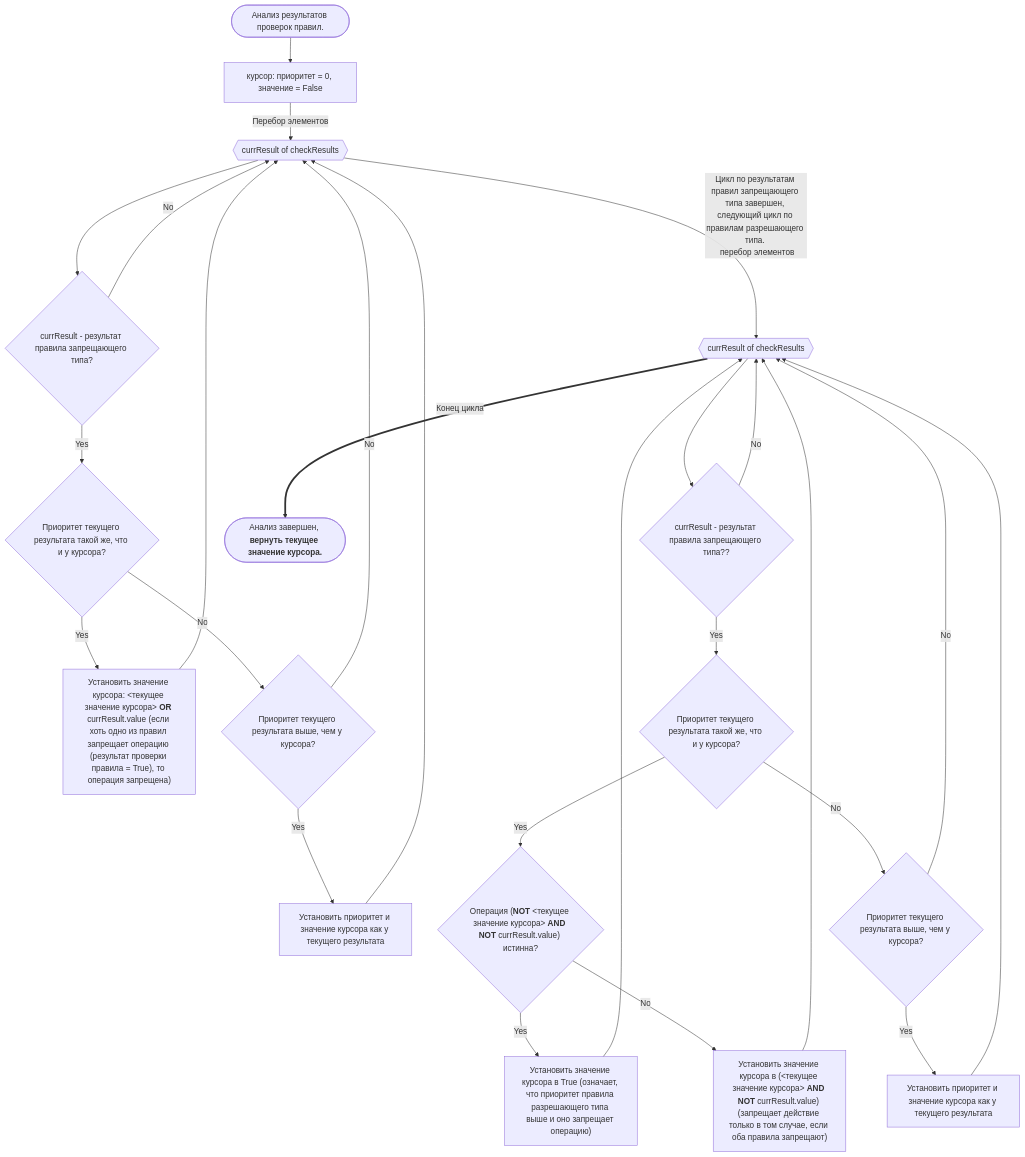
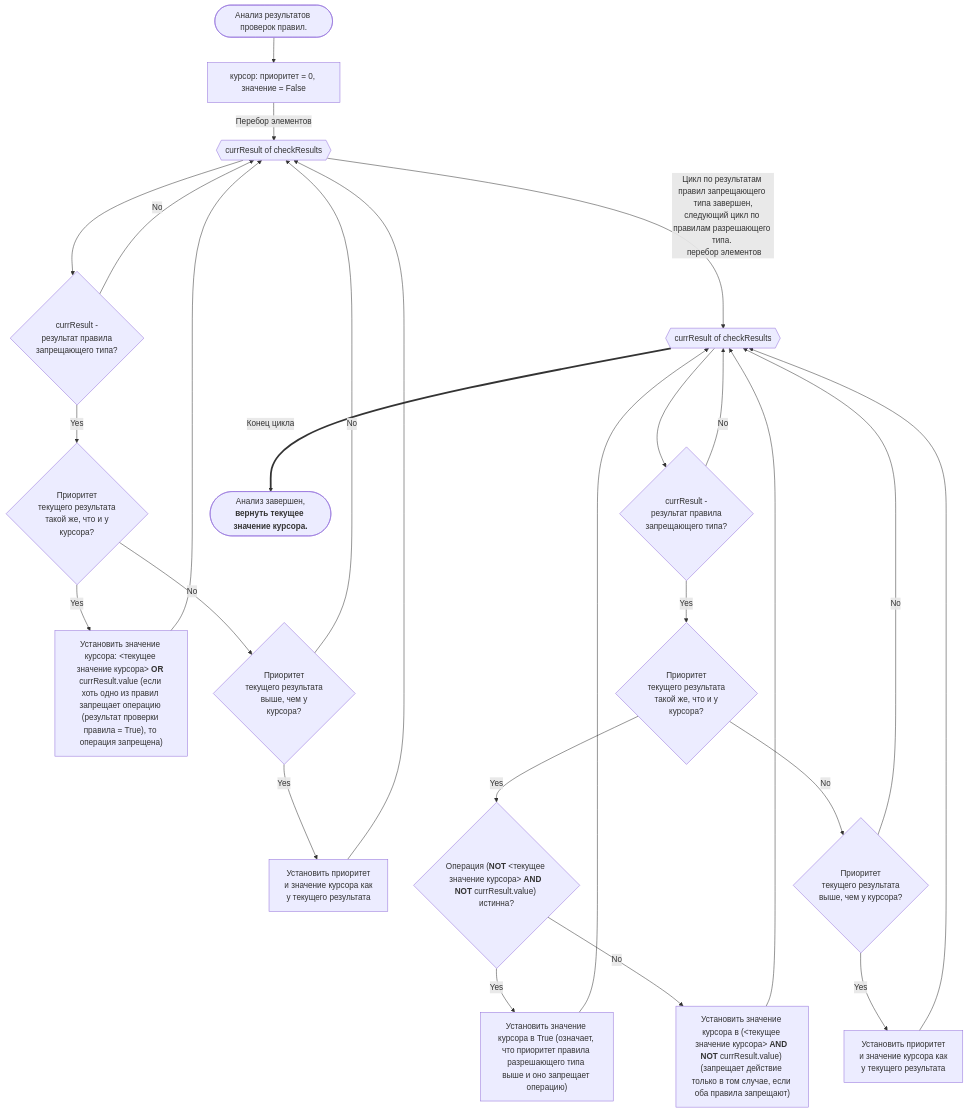
The second of 2 diagrams in README.ru.md (SergeMiletos/permissions1CExtRules), drawn with Mermaid before and after one commit. The commit also changed other lines of this file and 2 other files, not shown here.

````diff
--- a/README.ru.md
+++ b/README.ru.md
@@ -46,28 +78,28 @@
 ```mermaid
 flowchart TD
 CStart(["Анализ результатов проверок правил."])-->cursorInit["`курсор: приоритет = 0, значение = False`"]
 cursorInit -->|Перебор элементов| A{{"currResult of checkResults"}}
-A--> B{currResult - результат правила запрещающего типа?}
+A--> B{currResult -</br>результат правила</br>запрещающего типа?}
 B -->|No| A
-B -->|Yes| cursorCheck{Приоритет текущего результата такой же, что и у курсора?}
+B -->|Yes| cursorCheck{Приоритет</br>текущего результата</br>такой же, что и у</br>курсора?}
 cursorCheck-->|Yes| cursorSet["`Установить значение курсора: <текущее значение курсора> **OR** currResult.value (если хоть одно из правил запрещает операцию (результат проверки правила = True), то операция запрещена) `"]
-cursorCheck-->|No| C{Приоритет текущего результата выше, чем у курсора?}
-C-->|Yes| D[Установить приоритет и значение курсора как у текущего результата]
+cursorCheck-->|No| C{Приоритет</br>текущего результата</br>выше, чем у</br>курсора?}
+C-->|Yes| D[Установить приоритет</br>и значение курсора как</br>у текущего результата]
 D--> A
 C-->|No| A
 cursorSet-->A
-A-->|Цикл по результатам правил запрещающего типа завершен, </br>следующий цикл по правилам разрешающего типа. </br> перебор элементов| E1{{"currResult of checkResults"}}
-E1--> F{currResult - результат правила запрещающего типа??}
+A-->|Цикл по результатам правил запрещающего типа завершен,</br>следующий цикл по правилам разрешающего типа. </br> перебор элементов| E1{{"currResult of checkResults"}}
+E1--> F{currResult -</br>результат правила</br>запрещающего типа?}
 F-->|No| E1
-F-->|Yes| cursorCheckPriority{Приоритет текущего результата такой же, что и у курсора?}
+F-->|Yes| cursorCheckPriority{Приоритет</br>текущего результата</br>такой же, что и у</br>курсора?}
 cursorCheckPriority-->|Yes| cursorCheck3{"`Операция (**NOT** <текущее значение курсора> **AND NOT** currResult.value) истинна?`"}
 cursorCheck3-->|Yes| cursorSet3_1["`Установить значение курсора в True (означает, что приоритет правила разрешающего типа выше и оно запрещает операцию)`"]
 cursorCheck3-->|No| cursorSet3_2["`Установить значение курсора в (<текущее значение курсора> **AND NOT** currResult.value) (запрещает действие только в том случае, если оба правила запрещают)`"]
-cursorCheckPriority-->|No| cursorCheck2{Приоритет текущего результата выше, чем у курсора?}
-cursorCheck2-->|Yes| cursorSet4[Установить приоритет и значение курсора как у текущего результата]
+cursorCheckPriority-->|No| cursorCheck2{Приоритет</br>текущего результата</br>выше, чем у курсора?}
+cursorCheck2-->|Yes| cursorSet4[Установить приоритет</br>и значение курсора как</br>у текущего результата]
 cursorCheck2-->|No| E1
 cursorSet4--> E1
 cursorSet3_1--> E1
 cursorSet3_2--> E1
-E1==>|Конец цикла| CEnd(["`Анализ завершен, **вернуть текущее значение курсора.**`"])
+E1==>|Конец цикла| CEnd(["`Анализ завершен,</br>**вернуть текущее значение курсора.**`"])
 ```
````
